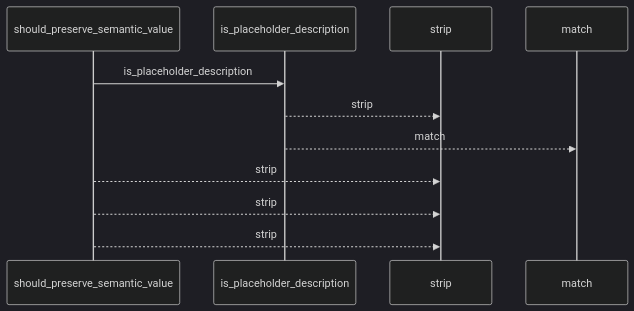
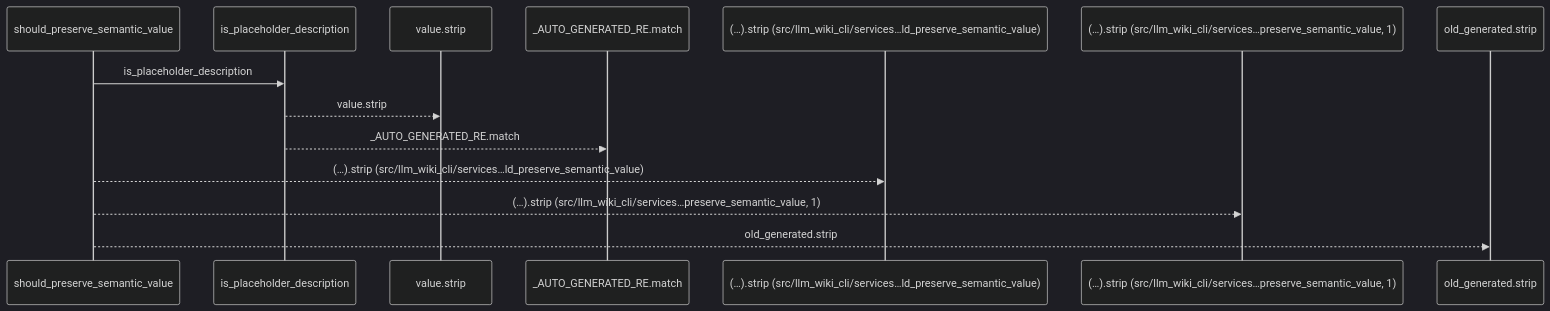
One commit to Denissvgn/python-wiki-llm changed the first of 2 diagrams in docs/llm_wiki/flows/api-should_preserve_semantic_value.md. Above: the diagram before and after it, drawn with Mermaid (dark theme). The commit also changed other lines of this file and 719 other files, not shown here.

````diff
--- a/docs/llm_wiki/flows/api-should_preserve_semantic_value.md
+++ b/docs/llm_wiki/flows/api-should_preserve_semantic_value.md
@@ -10,13 +10,16 @@
 ```mermaid
 sequenceDiagram
     participant p0 as should_preserve_semantic_value
     participant p1 as is_placeholder_description
-    participant p2 as strip
-    participant p3 as match
+    participant p2 as value.strip
+    participant p3 as _AUTO_GENERATED_RE.match
+    participant p4 as (…).strip (src/llm_wiki_cli/services…ld_preserve_semantic_value)
+    participant p5 as (…).strip (src/llm_wiki_cli/services…preserve_semantic_value, 1)
+    participant p6 as old_generated.strip
     p0->>p1: is_placeholder_description
-    p1-->>p2: strip
-    p1-->>p3: match
-    p0-->>p2: strip
-    p0-->>p2: strip
-    p0-->>p2: strip
+    p1-->>p2: value.strip
+    p1-->>p3: _AUTO_GENERATED_RE.match
+    p0-->>p4: (…).strip (src/llm_wiki_cli/services…ld_preserve_semantic_value)
+    p0-->>p5: (…).strip (src/llm_wiki_cli/services…preserve_semantic_value, 1)
+    p0-->>p6: old_generated.strip
 ```
````
